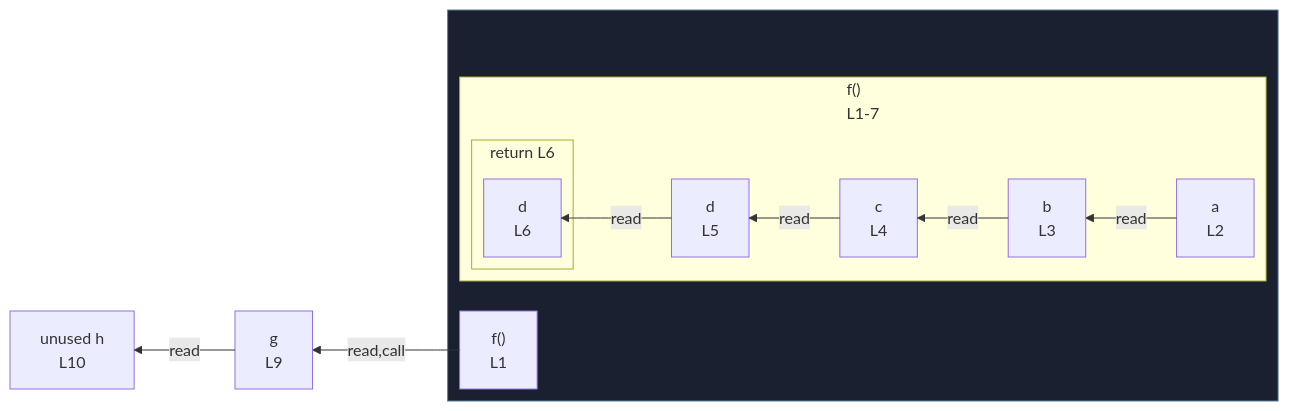
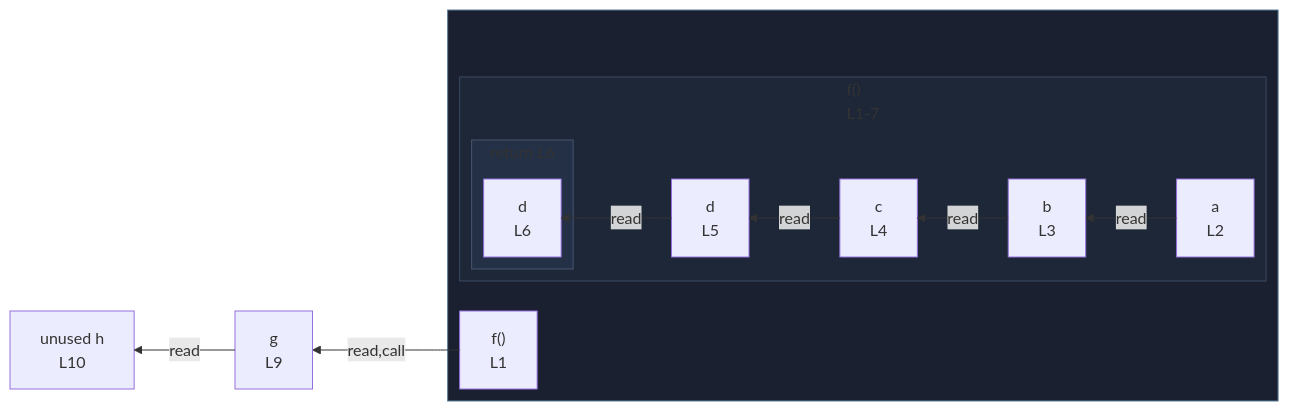
Before and after one commit to crescware/unsnarl: the diagram in integration/fixtures/function/declaration/read-chain/preview.md, drawn with Mermaid. The commit also changed 249 other files, not shown here.

First line of the commit message:
Color Mermaid subgraphs by nesting depth via theme palette

````diff
--- a/integration/fixtures/function/declaration/read-chain/preview.md
+++ b/integration/fixtures/function/declaration/read-chain/preview.md
@@ -20,29 +20,33 @@
 ```mermaid
 %%{init: {"flowchart": {"defaultRenderer": "elk"}}}%%
 flowchart RL
   n_scope_0_g_111["g<br/>L9"]
   n_scope_0_h_126["unused h<br/>L10"]
   subgraph wrap_s_scope_1[" "]
     direction TB
     n_scope_0_f_9["f()<br/>L1"]
     subgraph s_scope_1["f()<br/>L1-7"]
       direction RL
       n_scope_1_a_23["a<br/>L2"]
       n_scope_1_b_40["b<br/>L3"]
       n_scope_1_c_57["c<br/>L4"]
       n_scope_1_d_83["d<br/>L5"]
       subgraph s_return_scope_0_f_9_92_101["return L6"]
         direction RL
         ret_use_ref_7["d<br/>L6"]
       end
     end
   end
   n_scope_1_a_23 -->|read| n_scope_1_b_40
   n_scope_1_b_40 -->|read| n_scope_1_c_57
   n_scope_1_c_57 -->|read| n_scope_1_d_83
   n_scope_1_d_83 -->|read| ret_use_ref_7
   n_scope_0_f_9 -->|read,call| n_scope_0_g_111
   n_scope_0_g_111 -->|read| n_scope_0_h_126
   classDef fnWrap fill:#1a2030,stroke:#5a7d99;
   class wrap_s_scope_1 fnWrap;
+  classDef nestL1 fill:#1e2738,stroke:#3d4a63;
+  class s_scope_1 nestL1;
+  classDef nestL2 fill:#233045,stroke:#475670;
+  class s_return_scope_0_f_9_92_101 nestL2;
 ```
````
